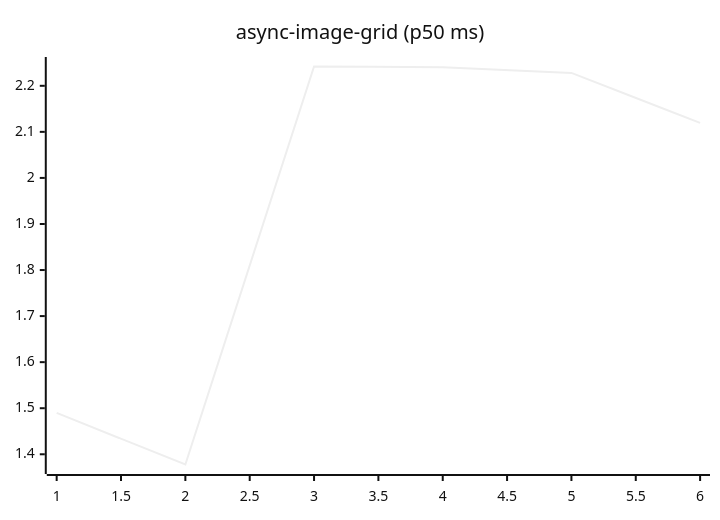
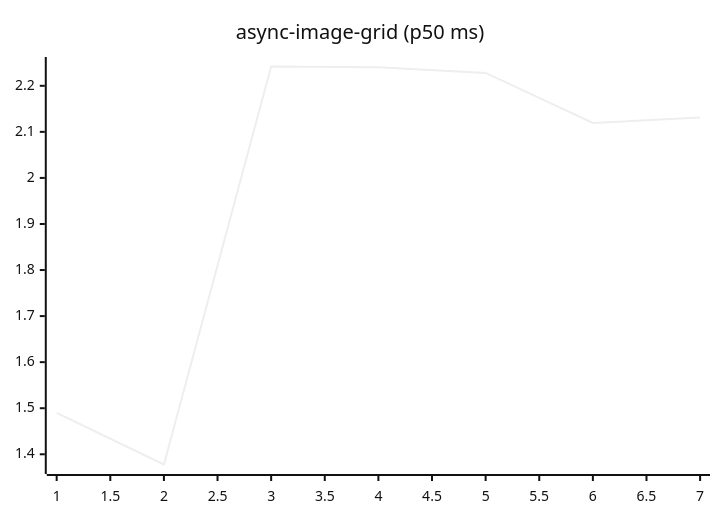
Before and after one commit to josha/Facet: the fifth of 27 diagrams in README.md, drawn with Mermaid (neutral theme). The commit also changed other lines of this file and 2 other files, not shown here.

````diff
--- a/README.md
+++ b/README.md
@@ -91,6 +91,6 @@
 ```mermaid
 xychart-beta
     title "async-image-grid (p50 ms)"
-    x-axis 1 --> 6
-    line [1.4898, 1.3778, 2.2419, 2.2404, 2.2280, 2.1194]
+    x-axis 1 --> 7
+    line [1.4898, 1.3778, 2.2419, 2.2404, 2.2280, 2.1194, 2.1310]
 ```
````
